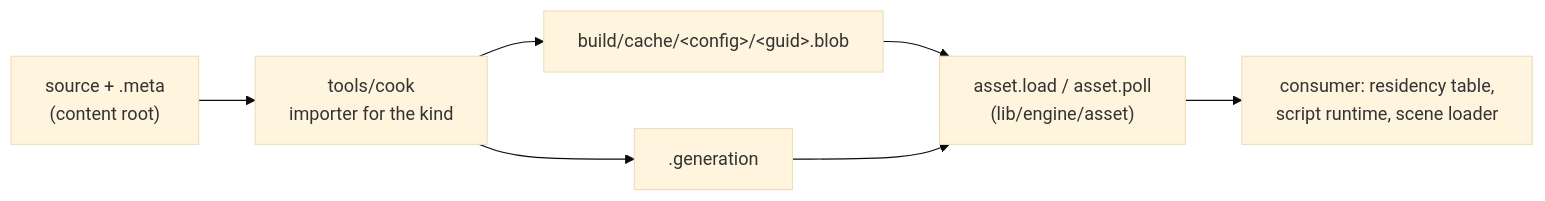
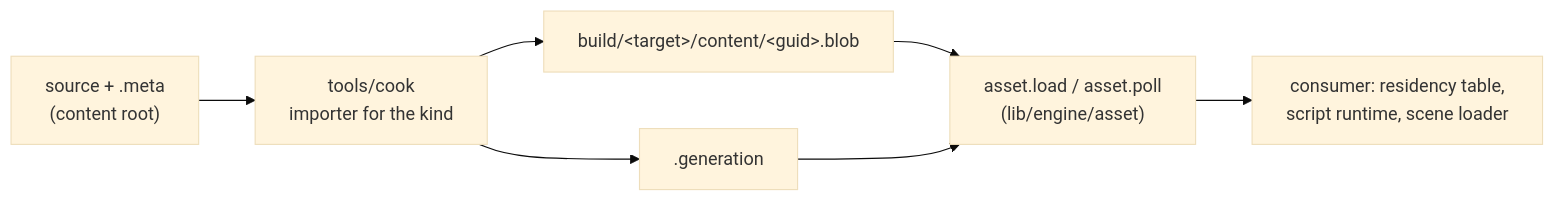
One commit to aszecsei/cinnabar changed the diagram in docs/content/README.md. Above: the diagram before and after it, drawn with Mermaid (base theme). The commit also changed 41 other files, not shown here.

````diff
--- a/docs/content/README.md
+++ b/docs/content/README.md
@@ -25,12 +25,12 @@
 ```mermaid
 flowchart LR
     SRC["source + .meta<br/>(content root)"]
     COOK["tools/cook<br/>importer for the kind"]
-    BLOB["build/cache/&lt;config&gt;/&lt;guid&gt;.blob"]
+    BLOB["build/&lt;target&gt;/content/&lt;guid&gt;.blob"]
     GEN[".generation"]
     LOAD["asset.load / asset.poll<br/>(lib/engine/asset)"]
     USE["consumer: residency table,<br/>script runtime, scene loader"]
 
     SRC --> COOK --> BLOB --> LOAD --> USE
     COOK --> GEN --> LOAD
 ```
````
